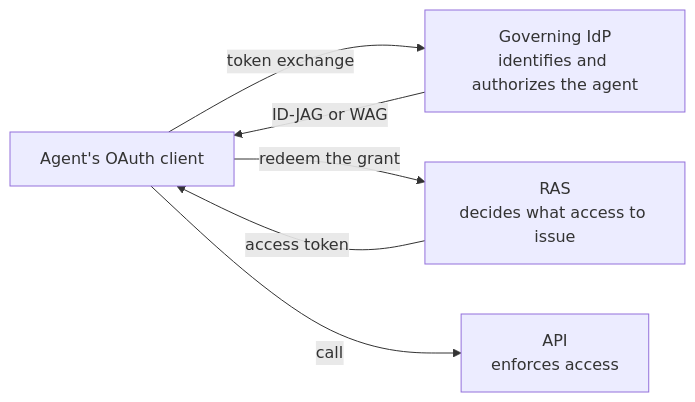
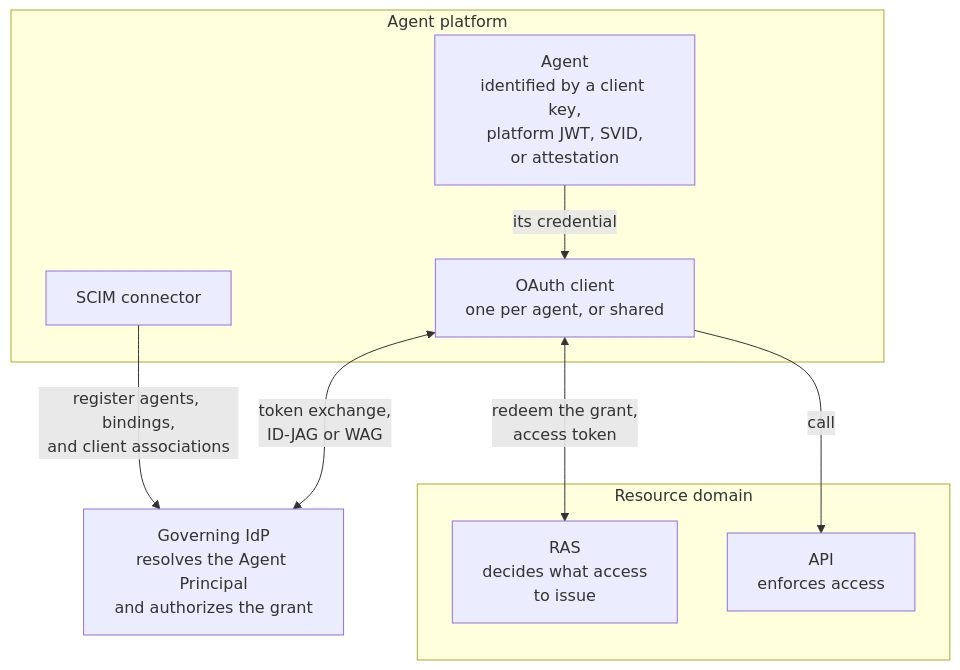
One commit to mcguinness/agent-principal-profiles changed the diagram in README.md. Above: the diagram before and after it, drawn with Mermaid. The commit also changed other lines of this file, not shown here.

Commit message:
Show the agent platform and its IdP connections in the README
The README diagram showed only the client, IdP, RAS and API. It now
places the client inside the agent platform, with the platform's SCIM
connector and the agent whose credential the client presents, and
shows the platform's two connections to the IdP: registration and
token exchange. A table under it names the three connections
(registration, token exchange, lifecycle) and the drafts that define
them. The closing paragraph keeps only what the table does not cover:
gateways and human oversight.

````diff
--- a/README.md
+++ b/README.md
@@ -27,12 +28,18 @@
 ```mermaid
-flowchart LR
-  client["Agent's OAuth client"]
-  idp["Governing IdP<br/>identifies and authorizes the agent"]
-  ras["RAS<br/>decides what access to issue"]
-  api["API<br/>enforces access"]
-  client -->|"token exchange"| idp
-  idp -->|"ID-JAG or WAG"| client
-  client -->|"redeem the grant"| ras
-  ras -->|"access token"| client
+flowchart TB
+  subgraph platform["Agent platform"]
+    connector["SCIM connector"]
+    agent["Agent<br/>identified by a client key,<br/>platform JWT, SVID,<br/>or attestation"]
+    client["OAuth client<br/>one per agent, or shared"]
+  end
+  idp["Governing IdP<br/>resolves the Agent Principal<br/>and authorizes the grant"]
+  subgraph domain["Resource domain"]
+    ras["RAS<br/>decides what access<br/>to issue"]
+    api["API<br/>enforces access"]
+  end
+  agent -->|"its credential"| client
+  connector -->|"register agents, bindings,<br/>and client associations"| idp
+  client <-->|"token exchange,<br/>ID-JAG or WAG"| idp
+  client <-->|"redeem the grant,<br/>access token"| ras
   client -->|"call"| api
 ```
````
